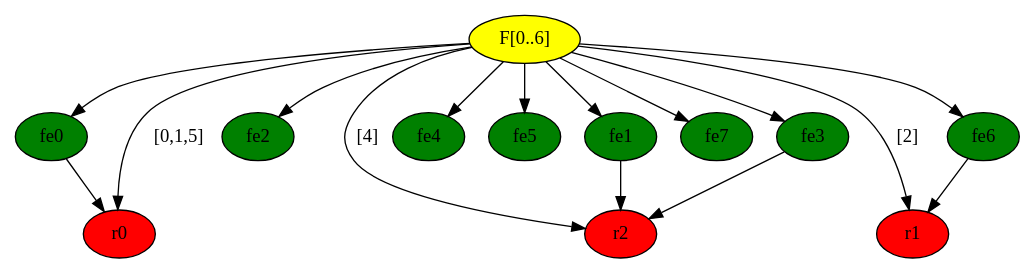
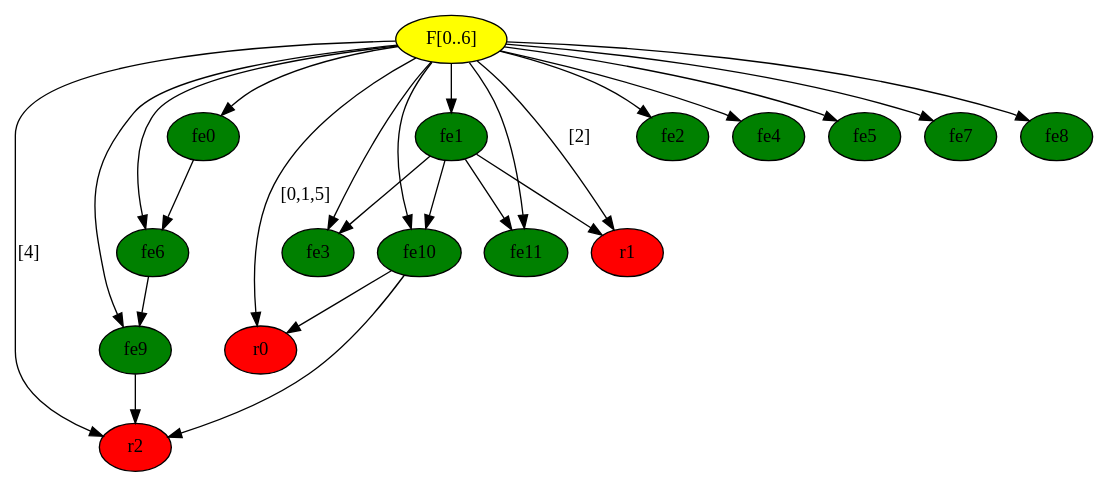
One commit to foTok/hybrid_approach changed the diagram in graph_model/pg_model/Greedy_Bayes.gv. Above: the diagram before and after it, drawn with Graphviz. The commit also changed 4 other files, not shown here.

```diff
--- a/graph_model/pg_model/Greedy_Bayes.gv
+++ b/graph_model/pg_model/Greedy_Bayes.gv
@@ -1,29 +1,42 @@
 digraph {
 	"F[0..6]" [label="F[0..6]" fillcolor=yellow style=filled]
 	fe0 [label=fe0 fillcolor=green style=filled]
 	fe1 [label=fe1 fillcolor=green style=filled]
 	fe2 [label=fe2 fillcolor=green style=filled]
 	fe3 [label=fe3 fillcolor=green style=filled]
 	fe4 [label=fe4 fillcolor=green style=filled]
 	fe5 [label=fe5 fillcolor=green style=filled]
 	fe6 [label=fe6 fillcolor=green style=filled]
 	fe7 [label=fe7 fillcolor=green style=filled]
+	fe8 [label=fe8 fillcolor=green style=filled]
+	fe9 [label=fe9 fillcolor=green style=filled]
+	fe10 [label=fe10 fillcolor=green style=filled]
+	fe11 [label=fe11 fillcolor=green style=filled]
 	r0 [label=r0 fillcolor=red style=filled]
 	r1 [label=r1 fillcolor=red style=filled]
 	r2 [label=r2 fillcolor=red style=filled]
 	"F[0..6]" -> fe0
 	"F[0..6]" -> fe1
 	"F[0..6]" -> fe2
 	"F[0..6]" -> fe3
 	"F[0..6]" -> fe4
 	"F[0..6]" -> fe5
 	"F[0..6]" -> fe6
 	"F[0..6]" -> fe7
+	"F[0..6]" -> fe8
+	"F[0..6]" -> fe9
+	"F[0..6]" -> fe10
+	"F[0..6]" -> fe11
 	"F[0..6]" -> r0 [label="[0,1,5]"]
 	"F[0..6]" -> r1 [label="[2]"]
 	"F[0..6]" -> r2 [label="[4]"]
-	fe0 -> r0
-	fe1 -> r2
-	fe3 -> r2
-	fe6 -> r1
+	fe0 -> fe6
+	fe1 -> fe3
+	fe1 -> fe10
+	fe1 -> fe11
+	fe1 -> r1
+	fe6 -> fe9
+	fe9 -> r2
+	fe10 -> r0
+	fe10 -> r2
 }
```
